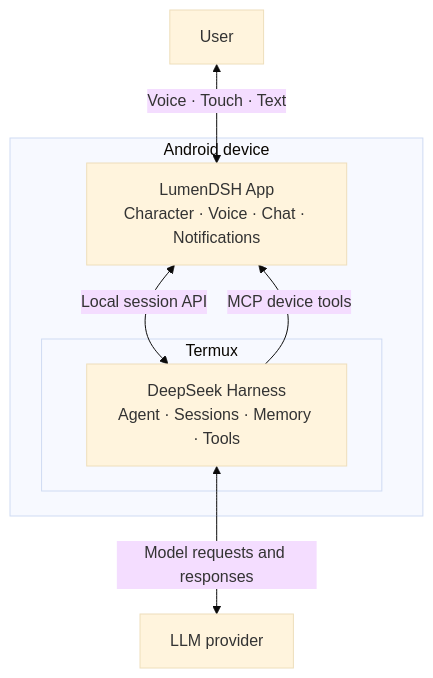
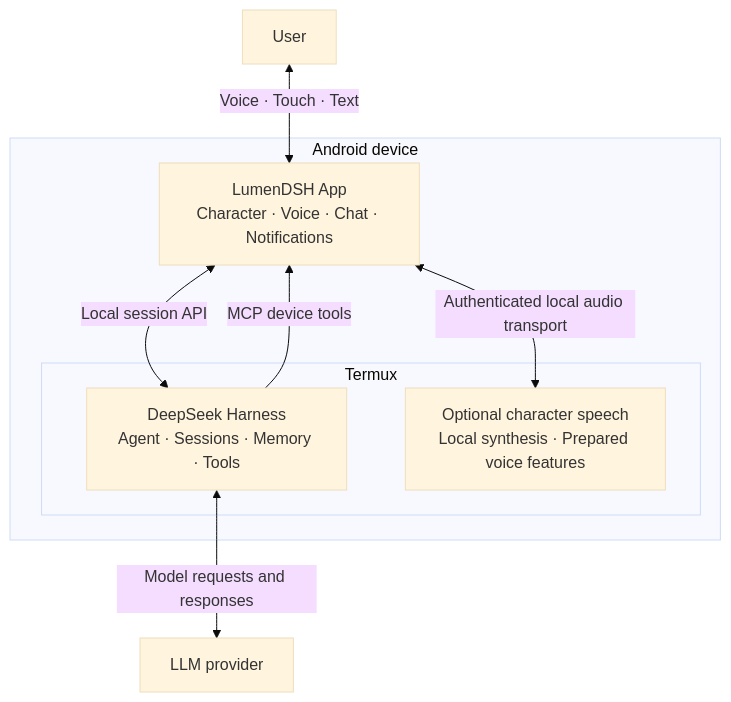
One commit to ydzat/LumenDSH changed the diagram in README.md. Above: the diagram before and after it, drawn with Mermaid (base theme). The commit also changed other lines of this file and 36 other files, not shown here.

Commit message:
feat: integrate local character speech and document 0.7.48

````diff
--- a/README.md
+++ b/README.md
@@ -36,14 +37,16 @@
 ```mermaid
 flowchart TB
     user[User]
     subgraph device[Android device]
         app["LumenDSH App<br/>Character · Voice · Chat · Notifications"]
         subgraph termux[Termux]
             dsh["DeepSeek Harness<br/>Agent · Sessions · Memory · Tools"]
+            voice["Optional character speech<br/>Local synthesis · Prepared voice features"]
         end
         app <-->|Local session API| dsh
         dsh -->|MCP device tools| app
+        app <-->|Authenticated local audio transport| voice
     end
     user <-->|Voice · Touch · Text| app
     dsh <-->|Model requests and responses| provider[LLM provider]
 ```
````
